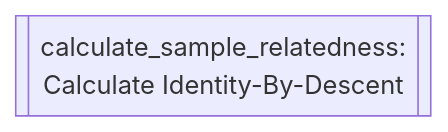
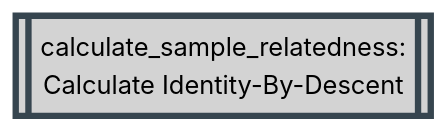
Diagram 16 of 34 in docs/02-workflow/02-methodology-summary.md (Tuks-ICMM/Pharmacogenetic-Analysis-Pipeline), drawn with Mermaid before and after one commit. The commit also changed other lines of this file, not shown here.

````diff
--- a/docs/02-workflow/02-methodology-summary.md
+++ b/docs/02-workflow/02-methodology-summary.md
@@ -750,4 +863,8 @@
   ```mermaid
   flowchart TD
-    calculate_sample_relatedness[[calculate_sample_relatedness:\nCalculate Identity-By-Descent]]
+    classDef plink stroke:#36454F,fill:#D3D3D3,stroke-width:4px,color:black;
+
+    calculate_sample_relatedness[[calculate_sample_relatedness:
+Calculate Identity-By-Descent]]
+    class calculate_sample_relatedness plink;
   ```
````
